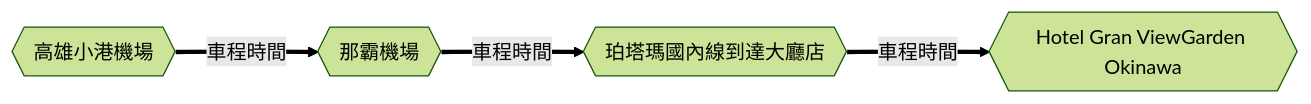
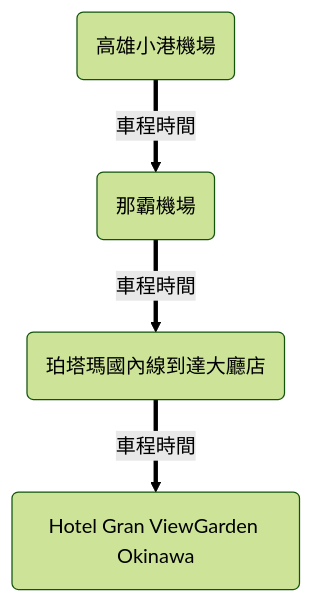
The seventh of 12 diagrams in docs/blog/posts/okinawa/okinawa-2024-12/okinawa-2024-12.md (wilder640/trip), drawn with Mermaid (forest theme) before and after one commit. The commit also changed other lines of this file and 2 other files, not shown here.

````diff
--- a/docs/blog/posts/okinawa/okinawa-2024-12/okinawa-2024-12.md
+++ b/docs/blog/posts/okinawa/okinawa-2024-12/okinawa-2024-12.md
@@ -77,4 +75,4 @@
 ``` mermaid
-graph LR
-  A{{高雄小港機場}} == 車程時間 ==> B{{那霸機場}} == 車程時間 ==> C{{珀塔瑪國內線到達大廳店}} == 車程時間 ==> D{{Hotel Gran ViewGarden Okinawa}}
+graph TD
+A(高雄小港機場) == 車程時間 ==> B(那霸機場) == 車程時間 ==> C(珀塔瑪國內線到達大廳店) == 車程時間 ==> D(Hotel Gran ViewGarden Okinawa)
 ```
````
